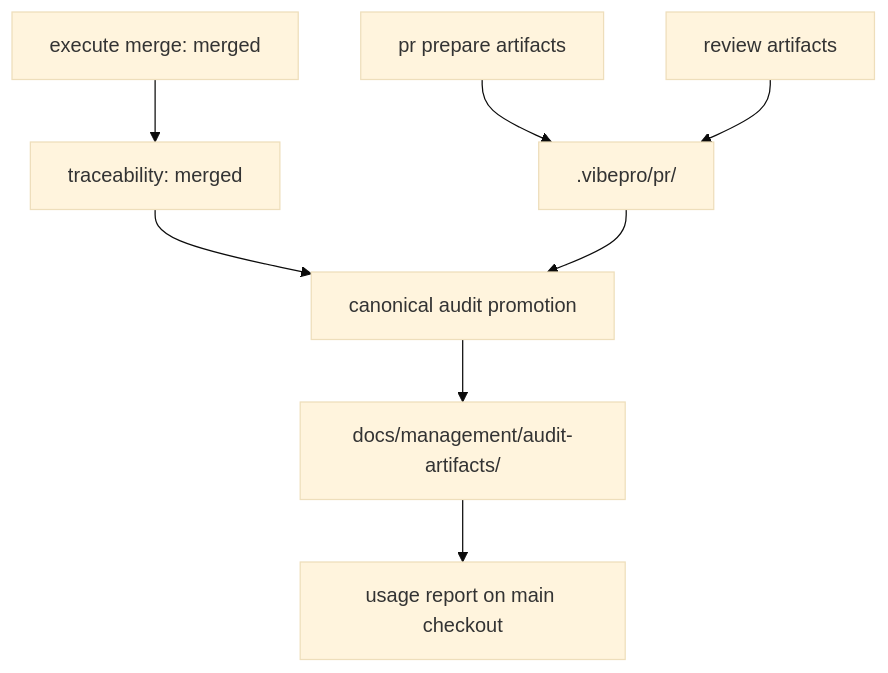
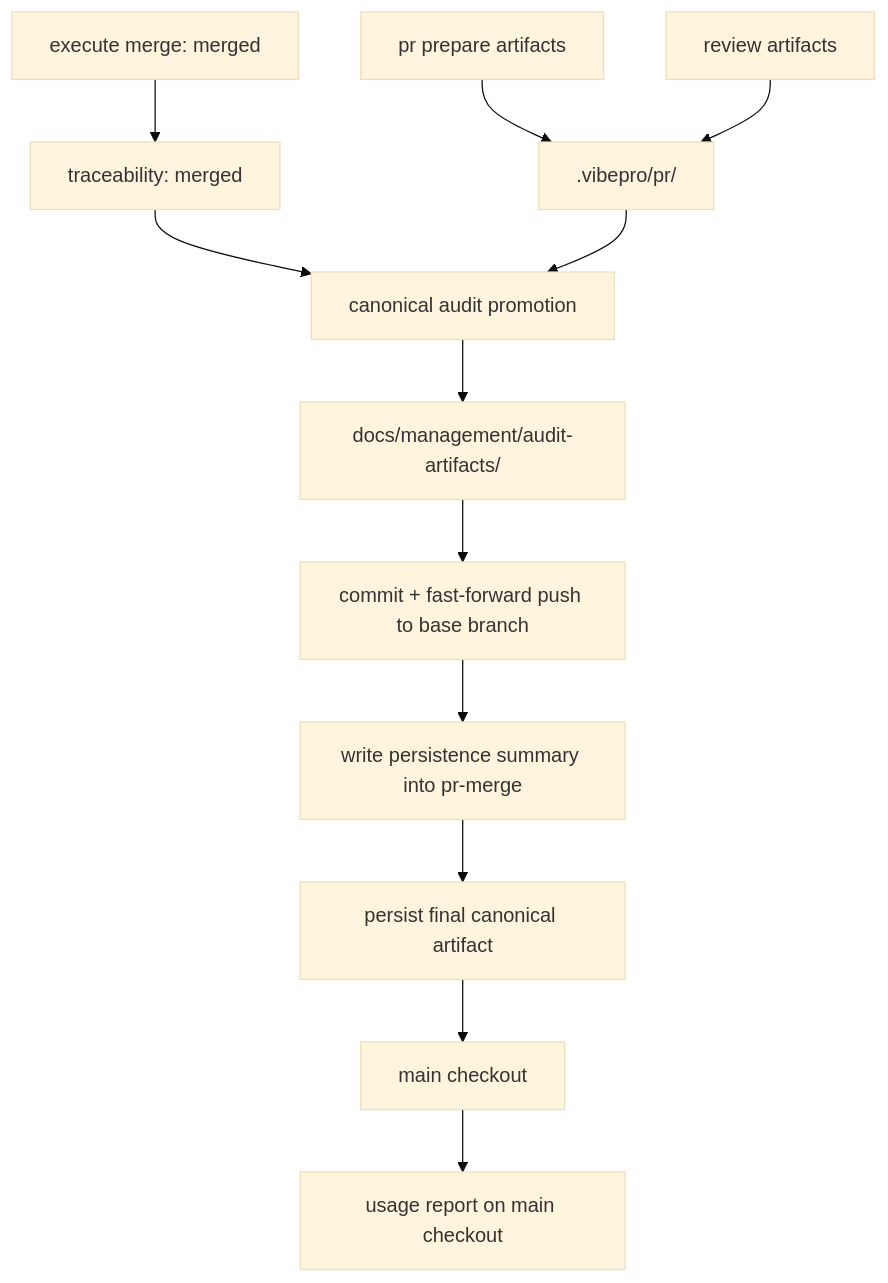
The diagram in docs/architecture/vibepro-canonical-audit-artifacts.md (Unson-LLC/vibepro), drawn with Mermaid (base theme) before and after one commit. The commit also changed other lines of this file and 4 other files, not shown here.

Commit message:
fix: persist canonical audit artifacts to main

````diff
--- a/docs/architecture/vibepro-canonical-audit-artifacts.md
+++ b/docs/architecture/vibepro-canonical-audit-artifacts.md
@@ -23,10 +23,14 @@
 ```mermaid
 flowchart TD
   Prepare["pr prepare artifacts"] --> Workspace[".vibepro/pr/<story-id>"]
   Review["review artifacts"] --> Workspace
   Merge["execute merge: merged"] --> Trace["traceability: merged"]
   Trace --> Promote["canonical audit promotion"]
   Workspace --> Promote
   Promote --> Canonical["docs/management/audit-artifacts/<story-id>"]
-  Canonical --> Usage["usage report on main checkout"]
+  Canonical --> Push["commit + fast-forward push to base branch"]
+  Push --> Summary["write persistence summary into pr-merge"]
+  Summary --> FinalPush["persist final canonical artifact"]
+  FinalPush --> Main["main checkout"]
+  Main --> Usage["usage report on main checkout"]
 ```
````
